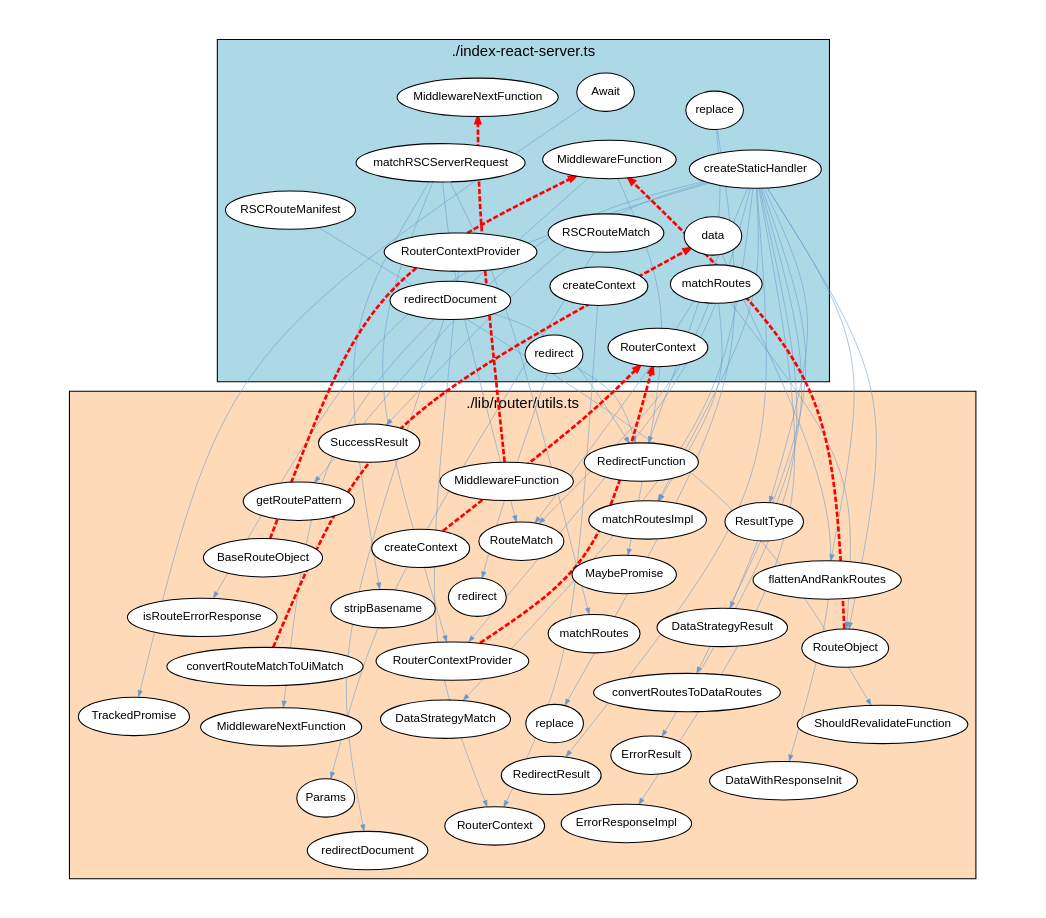
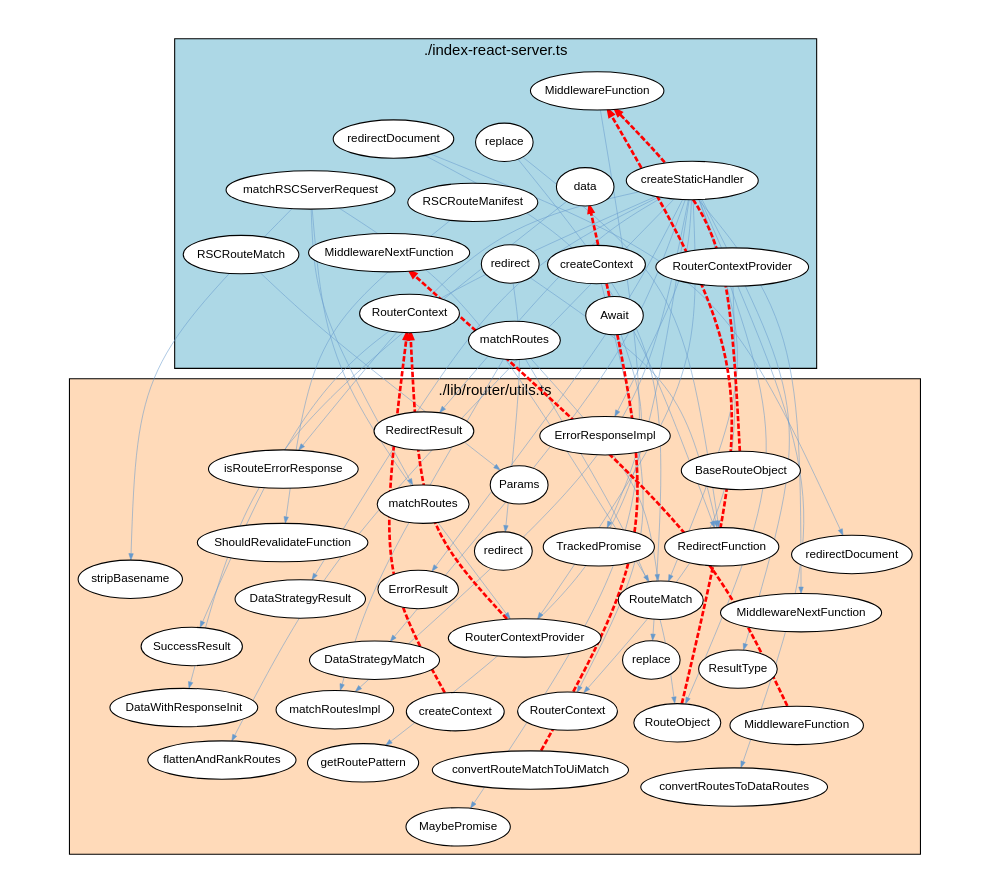
Before and after one commit to JohT/code-graph-analysis-examples: the diagram in analysis-results/react-router/latest/cyclic-dependencies/Typescript_Module/Graph_Visualizations/graphviz/TypescriptModuleCyclicDependencies3.gv, drawn with Graphviz. The commit also changed other lines of this file and 517 other files, not shown here.

```diff
--- a/analysis-results/react-router/latest/cyclic-dependencies/Typescript_Module/Graph_Visualizations/graphviz/TypescriptModuleCyclicDependencies3.gv
+++ b/analysis-results/react-router/latest/cyclic-dependencies/Typescript_Module/Graph_Visualizations/graphviz/TypescriptModuleCyclicDependencies3.gv
@@ -1,109 +1,109 @@
 strict digraph cycle {
     graph [layout = "fdp"; start = "7"; splines = "curved"; pad = "0.8,0.4"; outputorder = "edgesfirst";];
     graph [fontname = "Helvetica,Arial,sans-serif"; labelloc = "t";];
     node [fontname = "Helvetica,Arial,sans-serif"; style = "filled"; fillcolor = "white";];
     node [fontsize = 11; margin = "0.05,0.05";];
     edge [fontsize = 9; arrowsize = "0.6";];
 
     subgraph cluster_package {
         label="./index-react-server.ts";
         style="filled";
         fillcolor="lightblue";
+        "replace_pkg" [label="replace"];
         "RSCRouteMatch";
-        "replace_pkg" [label="replace"];
         "MiddlewareFunction_pkg" [label="MiddlewareFunction"];
         "redirect_pkg" [label="redirect"];
         "RouterContext_pkg" [label="RouterContext"];
         "createStaticHandler";
         "MiddlewareNextFunction_pkg" [label="MiddlewareNextFunction"];
         "matchRSCServerRequest";
         "Await";
         "RouterContextProvider_pkg" [label="RouterContextProvider"];
         "data";
         "matchRoutes_pkg" [label="matchRoutes"];
+        "createContext_pkg" [label="createContext"];
         "redirectDocument_pkg" [label="redirectDocument"];
-        "createContext_pkg" [label="createContext"];
         "RSCRouteManifest";
     }
 
     subgraph cluster_dependent {
         label="./lib/router/utils.ts";
         style="filled";
         fillcolor="peachpuff";
         "stripBasename";
         "flattenAndRankRoutes";
+        "replace_dep" [label="replace"];
         "RedirectResult";
-        "replace_dep" [label="replace"];
         "MiddlewareFunction_dep" [label="MiddlewareFunction"];
         "convertRoutesToDataRoutes";
         "getRoutePattern";
+        "TrackedPromise";
+        "ErrorResponseImpl";
+        "RedirectFunction";
         "ErrorResult";
-        "ErrorResponseImpl";
-        "TrackedPromise";
-        "RedirectFunction";
         "DataWithResponseInit";
+        "RouterContext_dep" [label="RouterContext"];
+        "isRouteErrorResponse";
+        "redirect_dep" [label="redirect"];
         "matchRoutesImpl";
-        "isRouteErrorResponse";
-        "RouterContext_dep" [label="RouterContext"];
-        "redirect_dep" [label="redirect"];
         "convertRouteMatchToUiMatch";
         "MiddlewareNextFunction_dep" [label="MiddlewareNextFunction"];
         "SuccessResult";
         "ShouldRevalidateFunction";
         "DataStrategyMatch";
         "ResultType";
         "RouterContextProvider_dep" [label="RouterContextProvider"];
+        "matchRoutes_dep" [label="matchRoutes"];
         "RouteMatch";
-        "matchRoutes_dep" [label="matchRoutes"];
         "BaseRouteObject";
         "redirectDocument_dep" [label="redirectDocument"];
         "createContext_dep" [label="createContext"];
         "DataStrategyResult";
         "Params";
         "MaybePromise";
         "RouteObject";
     }
 
+    "createStaticHandler" -> "ErrorResponseImpl" [color="#6699CC"; penwidth="0.5"];
     "createStaticHandler" -> "RouterContextProvider_dep" [color="#6699CC"; penwidth="0.5"];
     "matchRSCServerRequest" -> "RouterContextProvider_dep" [color="#6699CC"; penwidth="0.5"];
-    "createStaticHandler" -> "ErrorResponseImpl" [color="#6699CC"; penwidth="0.5"];
     "replace_pkg" -> "replace_dep" [color="#6699CC"; penwidth="0.5"];
     "createStaticHandler" -> "flattenAndRankRoutes" [color="#6699CC"; penwidth="0.5"];
+    "redirect_pkg" -> "redirect_dep" [color="#6699CC"; penwidth="0.5"];
     "matchRoutes_pkg" -> "RouteObject" [color="#6699CC"; penwidth="0.5"];
-    "redirect_pkg" -> "redirect_dep" [color="#6699CC"; penwidth="0.5"];
-    "matchRSCServerRequest" -> "RouteMatch" [color="#6699CC"; penwidth="0.5"];
-    "redirectDocument_pkg" -> "redirectDocument_dep" [color="#6699CC"; penwidth="0.5"];
     "matchRSCServerRequest" -> "matchRoutes_dep" [color="#6699CC"; penwidth="0.5"];
     "createStaticHandler" -> "RedirectResult" [color="#6699CC"; penwidth="0.5"];
     "createStaticHandler" -> "SuccessResult" [color="#6699CC"; penwidth="0.5"];
+    "redirectDocument_pkg" -> "redirectDocument_dep" [color="#6699CC"; penwidth="0.5"];
+    "matchRSCServerRequest" -> "RouteMatch" [color="#6699CC"; penwidth="0.5"];
+    "RouterContextProvider_pkg" -> "RouterContext_dep" [color="#6699CC"; penwidth="0.5"];
+    "createStaticHandler" -> "isRouteErrorResponse" [color="#6699CC"; penwidth="0.5"];
     "RSCRouteManifest" -> "ShouldRevalidateFunction" [color="#6699CC"; penwidth="0.5"];
     "createStaticHandler" -> "DataStrategyMatch" [color="#6699CC"; penwidth="0.5"];
-    "createStaticHandler" -> "isRouteErrorResponse" [color="#6699CC"; penwidth="0.5"];
-    "RouterContextProvider_pkg" -> "RouterContext_dep" [color="#6699CC"; penwidth="0.5"];
-    "matchRoutes_pkg" -> "RouteMatch" [color="#6699CC"; penwidth="0.5"];
-    "RSCRouteMatch" -> "Params" [color="#6699CC"; penwidth="0.5"];
     "createStaticHandler" -> "convertRoutesToDataRoutes" [color="#6699CC"; penwidth="0.5"];
     "createContext_pkg" -> "RouterContext_dep" [color="#6699CC"; penwidth="0.5"];
+    "RSCRouteMatch" -> "Params" [color="#6699CC"; penwidth="0.5"];
+    "matchRoutes_pkg" -> "RouteMatch" [color="#6699CC"; penwidth="0.5"];
     "Await" -> "TrackedPromise" [color="#6699CC"; penwidth="0.5"];
     "createStaticHandler" -> "ResultType" [color="#6699CC"; penwidth="0.5"];
-    "createStaticHandler" -> "RouteMatch" [color="#6699CC"; penwidth="0.5"];
     "matchRSCServerRequest" -> "stripBasename" [color="#6699CC"; penwidth="0.5"];
     "replace_pkg" -> "RedirectFunction" [color="#6699CC"; penwidth="0.5"];
+    "createStaticHandler" -> "RouteMatch" [color="#6699CC"; penwidth="0.5"];
+    "redirectDocument_pkg" -> "RedirectFunction" [color="#6699CC"; penwidth="0.5"];
     "matchRoutes_pkg" -> "matchRoutesImpl" [color="#6699CC"; penwidth="0.5"];
-    "redirectDocument_pkg" -> "RedirectFunction" [color="#6699CC"; penwidth="0.5"];
     "data" -> "DataWithResponseInit" [color="#6699CC"; penwidth="0.5"];
     "createStaticHandler" -> "RouteObject" [color="#6699CC"; penwidth="0.5"];
+    "redirect_pkg" -> "RedirectFunction" [color="#6699CC"; penwidth="0.5"];
     "createStaticHandler" -> "getRoutePattern" [color="#6699CC"; penwidth="0.5"];
-    "redirect_pkg" -> "RedirectFunction" [color="#6699CC"; penwidth="0.5"];
+    "MiddlewareFunction_pkg" -> "MaybePromise" [color="#6699CC"; penwidth="0.5"];
+    "MiddlewareFunction_pkg" -> "MiddlewareNextFunction_dep" [color="#6699CC"; penwidth="0.5"];
     "createStaticHandler" -> "DataStrategyResult" [color="#6699CC"; penwidth="0.5"];
-    "MiddlewareFunction_pkg" -> "MiddlewareNextFunction_dep" [color="#6699CC"; penwidth="0.5"];
-    "MiddlewareFunction_pkg" -> "MaybePromise" [color="#6699CC"; penwidth="0.5"];
+    "createStaticHandler" -> "matchRoutesImpl" [color="#6699CC"; penwidth="0.5"];
     "createStaticHandler" -> "ErrorResult" [color="#6699CC"; penwidth="0.5"];
-    "createStaticHandler" -> "matchRoutesImpl" [color="#6699CC"; penwidth="0.5"];
     "RouteObject" -> "MiddlewareFunction_pkg" [color="red"; penwidth="2.5"; style="dashed";];
     "RouterContextProvider_dep" -> "RouterContext_pkg" [color="red"; penwidth="2.5"; style="dashed";];
     "createContext_dep" -> "RouterContext_pkg" [color="red"; penwidth="2.5"; style="dashed";];
     "BaseRouteObject" -> "MiddlewareFunction_pkg" [color="red"; penwidth="2.5"; style="dashed";];
     "convertRouteMatchToUiMatch" -> "data" [color="red"; penwidth="2.5"; style="dashed";];
     "MiddlewareFunction_dep" -> "MiddlewareNextFunction_pkg" [color="red"; penwidth="2.5"; style="dashed";];
 }
```
